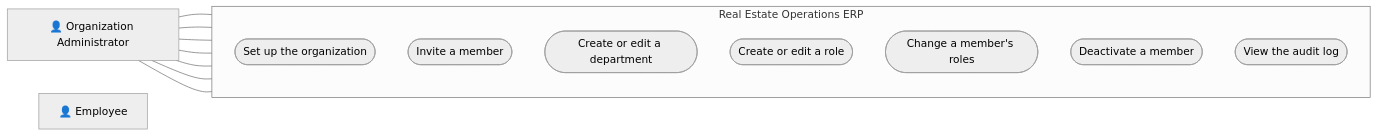
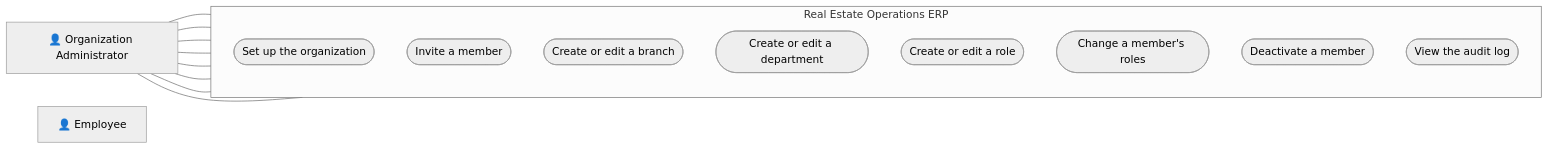
One commit to hamzAmbarki2/ERP changed the second of 3 diagrams in docs/phase-1/model/01-uml-diagrams.md. Above: the diagram before and after it, drawn with Mermaid (neutral theme). The commit also changed other lines of this file, not shown here.

First line of the commit message:
Use case diagram: actors separate; add branches

````diff
--- a/docs/phase-1/model/01-uml-diagrams.md
+++ b/docs/phase-1/model/01-uml-diagrams.md
@@ -63,24 +58,26 @@
 ``` mermaid
 flowchart LR
     AD["👤 Organization Administrator"]
     EM["👤 Employee"]
 
     subgraph ERP["Real Estate Operations ERP"]
         direction TB
         A1([Set up the organization])
         A2([Invite a member])
+        A8([Create or edit a branch])
         A3([Create or edit a department])
         A4([Create or edit a role])
         A5([Change a member's roles])
         A6([Deactivate a member])
         A7([View the audit log])
     end
 
     AD --- A1
     AD --- A2
+    AD --- A8
     AD --- A3
     AD --- A4
     AD --- A5
     AD --- A6
     AD --- A7
 ```
````
